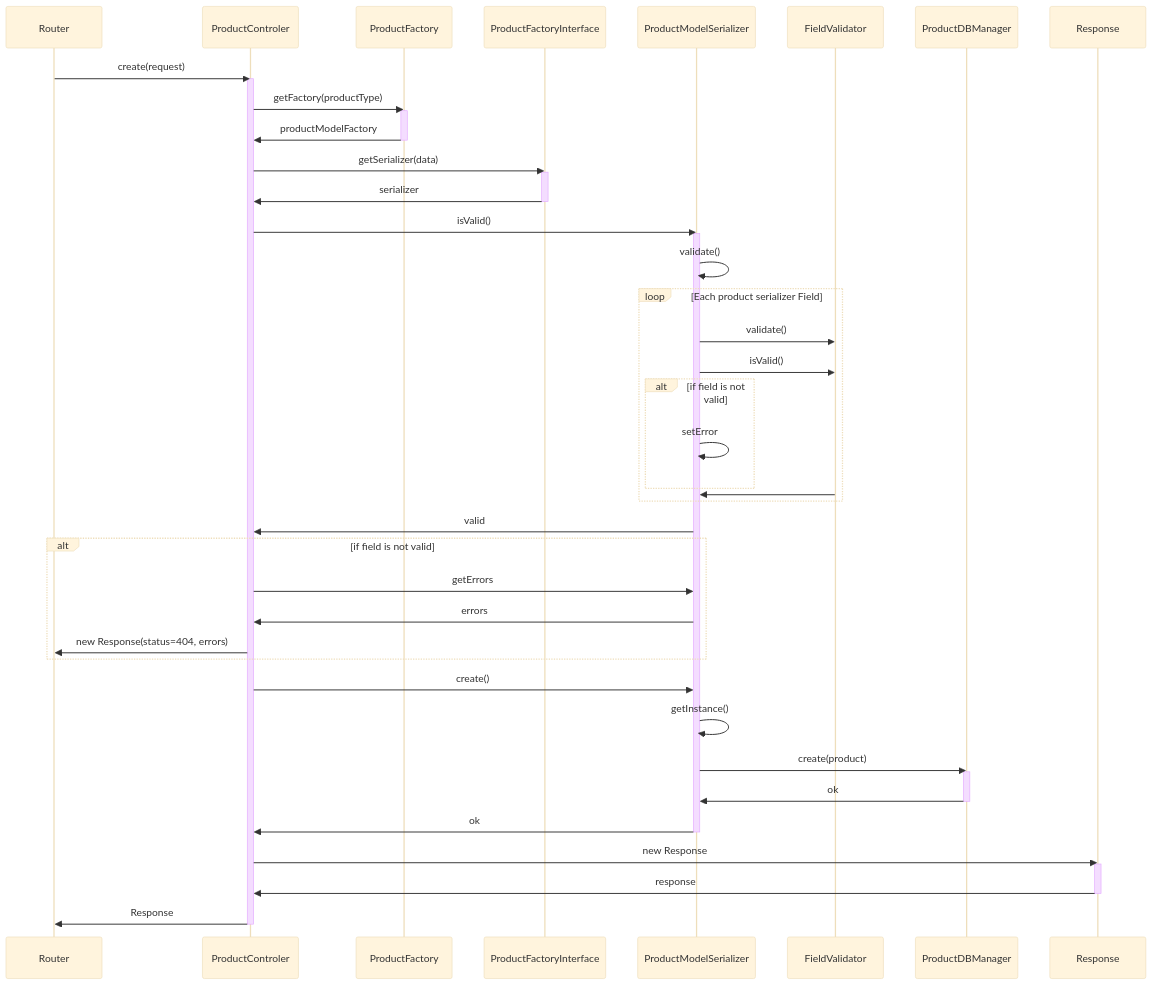
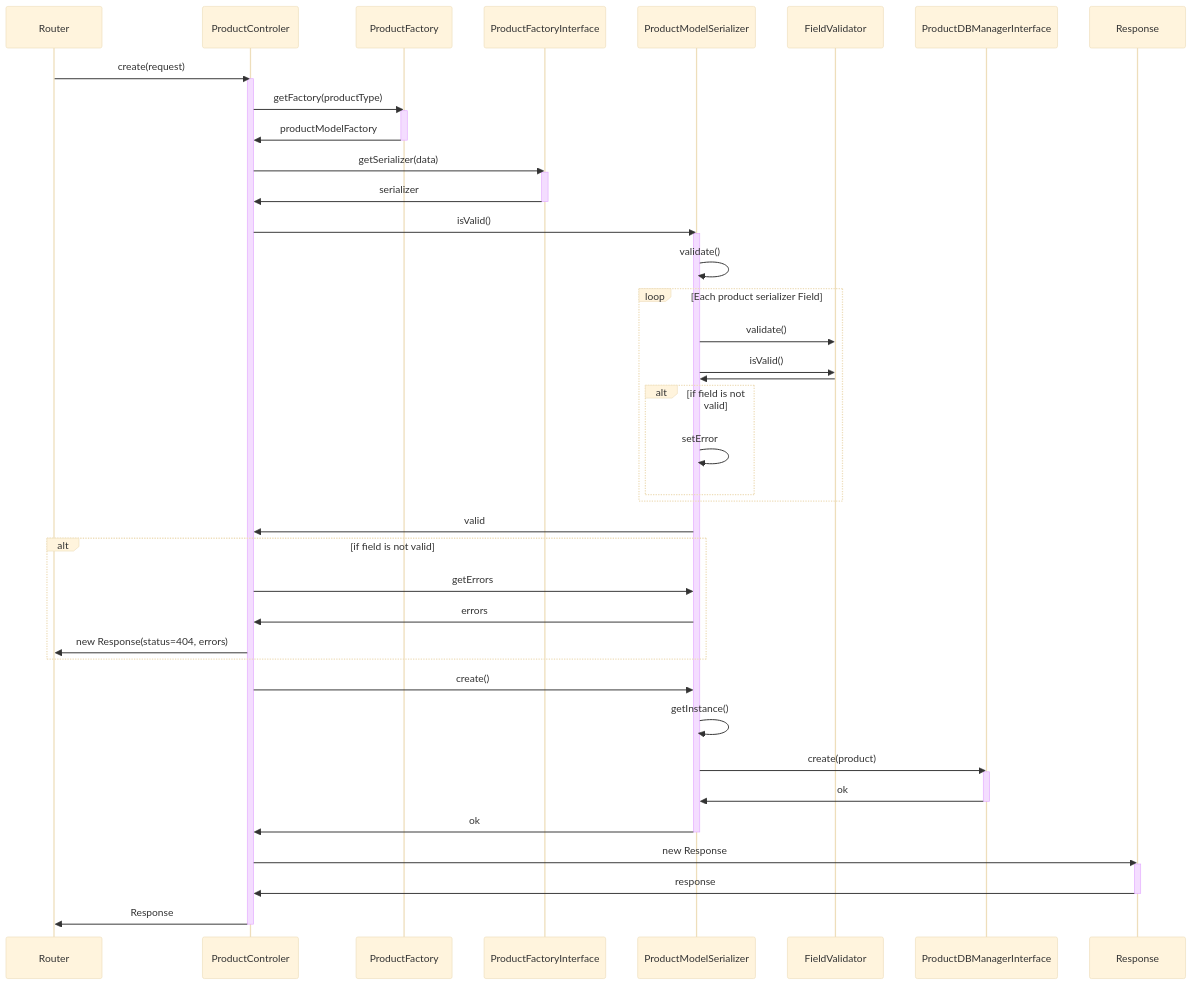
Before and after one commit to laercioigorps/scandiweb-awesome-ecommerce-backend: the diagram in docs/createProductSequence.md, drawn with Mermaid (base theme). The commit also changed 3 other files, not shown here.

Commit message:
update name of the class ProductDBManager to GeneralProductsDBManager

````diff
--- a/docs/createProductSequence.md
+++ b/docs/createProductSequence.md
@@ -1,60 +1,60 @@
 ```mermaid
 
 sequenceDiagram
     Router->>ProductControler: create(request)
     activate ProductControler
     ProductControler->>ProductFactory: getFactory(productType)
     activate ProductFactory
     ProductFactory->>ProductControler: productModelFactory
     deactivate ProductFactory
 
     ProductControler->>ProductFactoryInterface: getSerializer(data)
     activate ProductFactoryInterface
 
     ProductFactoryInterface->>ProductControler: serializer
     deactivate ProductFactoryInterface
 
     ProductControler->>ProductModelSerializer : isValid()
     activate ProductModelSerializer
 
     ProductModelSerializer->>ProductModelSerializer: validate()
 
     loop Each product serializer Field
         ProductModelSerializer->>FieldValidator : validate()
         ProductModelSerializer->>FieldValidator : isValid()
+        FieldValidator->>ProductModelSerializer : 
         alt if field is not valid
             ProductModelSerializer->>ProductModelSerializer : setError
         end
-        FieldValidator->>ProductModelSerializer : 
     end
 
 
     ProductModelSerializer->>ProductControler: valid
 
     alt if field is not valid
         ProductControler->>ProductModelSerializer : getErrors
         ProductModelSerializer->>ProductControler : errors
         ProductControler->>Router : new Response(status=404, errors)
     end
 
     ProductControler->>ProductModelSerializer: create()
     
     ProductModelSerializer->>ProductModelSerializer : getInstance()
-    ProductModelSerializer->>ProductDBManager : create(product)
-    activate ProductDBManager
-    ProductDBManager->>ProductModelSerializer : ok
-    deactivate ProductDBManager
+    ProductModelSerializer->>ProductDBManagerInterface : create(product)
+    activate ProductDBManagerInterface
+    ProductDBManagerInterface->>ProductModelSerializer : ok
+    deactivate ProductDBManagerInterface
 
     ProductModelSerializer->>ProductControler : ok
     deactivate ProductModelSerializer
 
     ProductControler ->> Response : new Response
     activate Response
     Response ->> ProductControler : response
     deactivate Response
 
     ProductControler->>Router: Response
     deactivate ProductControler
 
 
 ```
````
